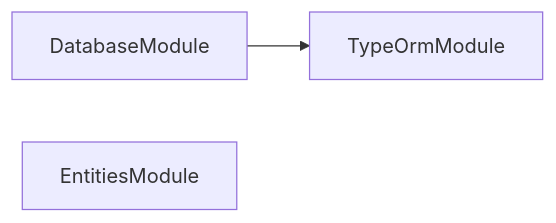
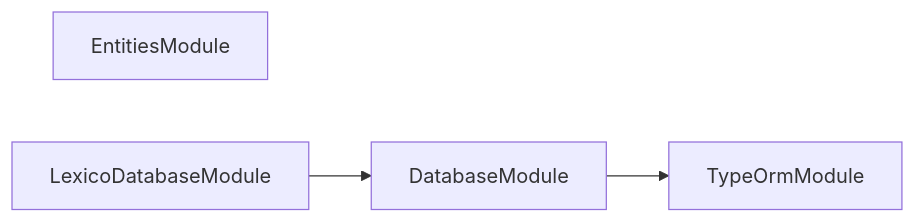
Before and after one commit to Organizzolini/codebase: the second of 3 diagrams in packages/lexico-entities/README.md, drawn with Mermaid. The commit also changed other lines of this file and 45 other files, not shown here.

Commit message:
refactor(lexico-entities): ♻️ connect through the shared database module and data source

````diff
--- a/packages/lexico-entities/README.md
+++ b/packages/lexico-entities/README.md
@@ -209,7 +235,9 @@
 ```mermaid
 flowchart LR
   DatabaseModule
   EntitiesModule
+  LexicoDatabaseModule
   TypeOrmModule
   DatabaseModule --> TypeOrmModule
+  LexicoDatabaseModule --> DatabaseModule
 ```
````
